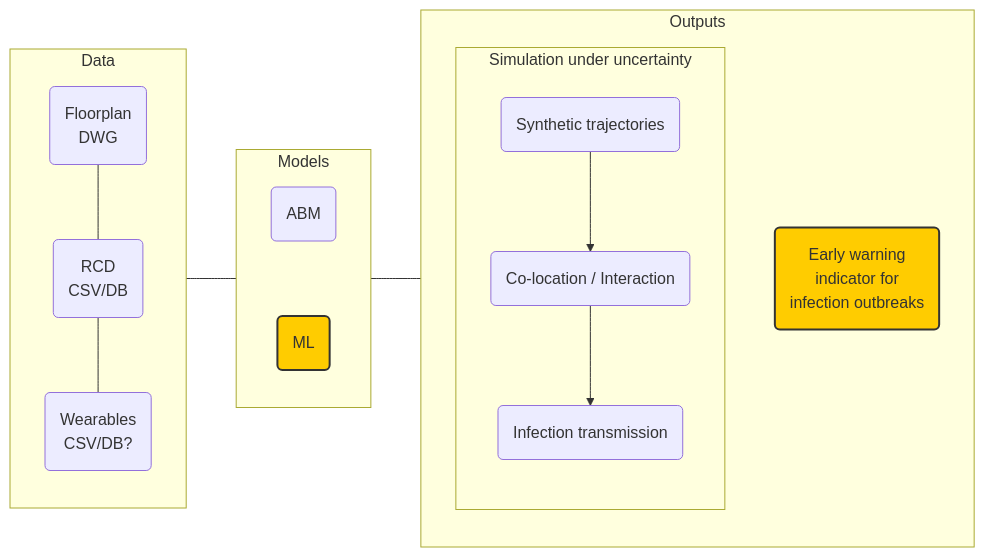
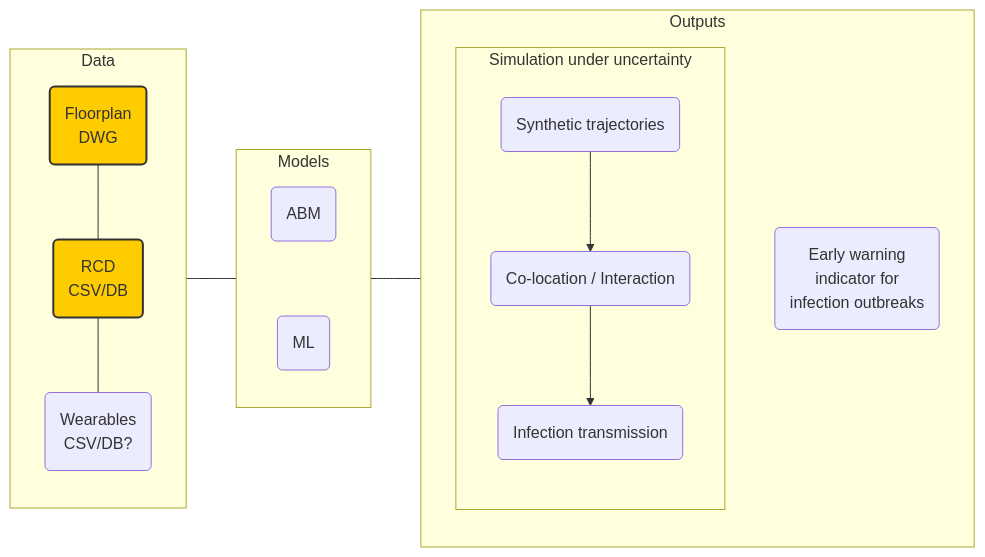
The seventh of 13 diagrams in main.qmd (ksuchak1990/amr_hub_demos), drawn with Mermaid before and after one commit. The commit also changed other lines of this file and 3 other files, not shown here.

````diff
--- a/main.qmd
+++ b/main.qmd
@@ -141,45 +313,45 @@
 ```{mermaid}
 flowchart LR
     classDef highlight fill:#ffcc00,stroke:#333,stroke-width:2px;
 
     subgraph Data
         direction TB
 
-        A(Floorplan<br>DWG)
-        B(RCD<br>CSV/DB)
+        A(Floorplan<br>DWG):::highlight
+        B(RCD<br>CSV/DB):::highlight
         C(Wearables<br>CSV/DB?)
 
         A --- B
         B --- C
     end
 
     subgraph Models
         direction TB
 
         D(ABM)
-        E(ML):::highlight
+        E(ML)
 
         D ~~~ E
     end
 
     subgraph Outputs
         direction TB
 
-        I(Early warning<br>indicator for<br>infection outbreaks):::highlight
+        I(Early warning<br>indicator for<br>infection outbreaks)
 
         subgraph "Simulation under uncertainty"
             direction TB
             F(Synthetic trajectories)
             G(Co-location / Interaction)
             H(Infection transmission)
 
             F --> G
             G --> H
 
         end
 
     end
 
     Data --- Models
     Models --- Outputs
 ```
````
